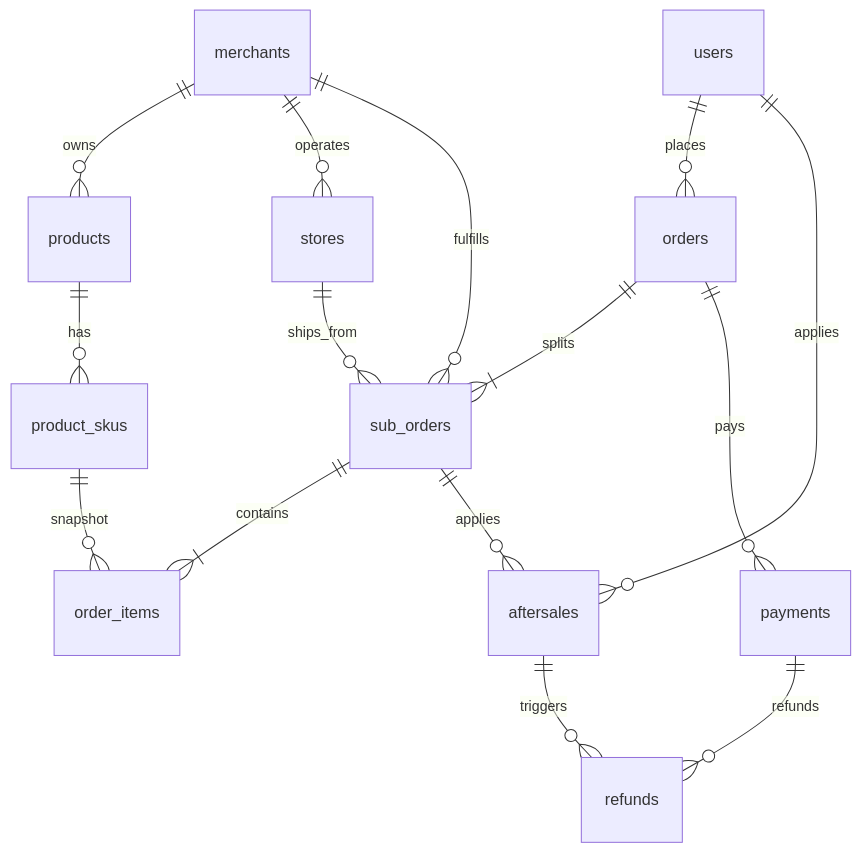
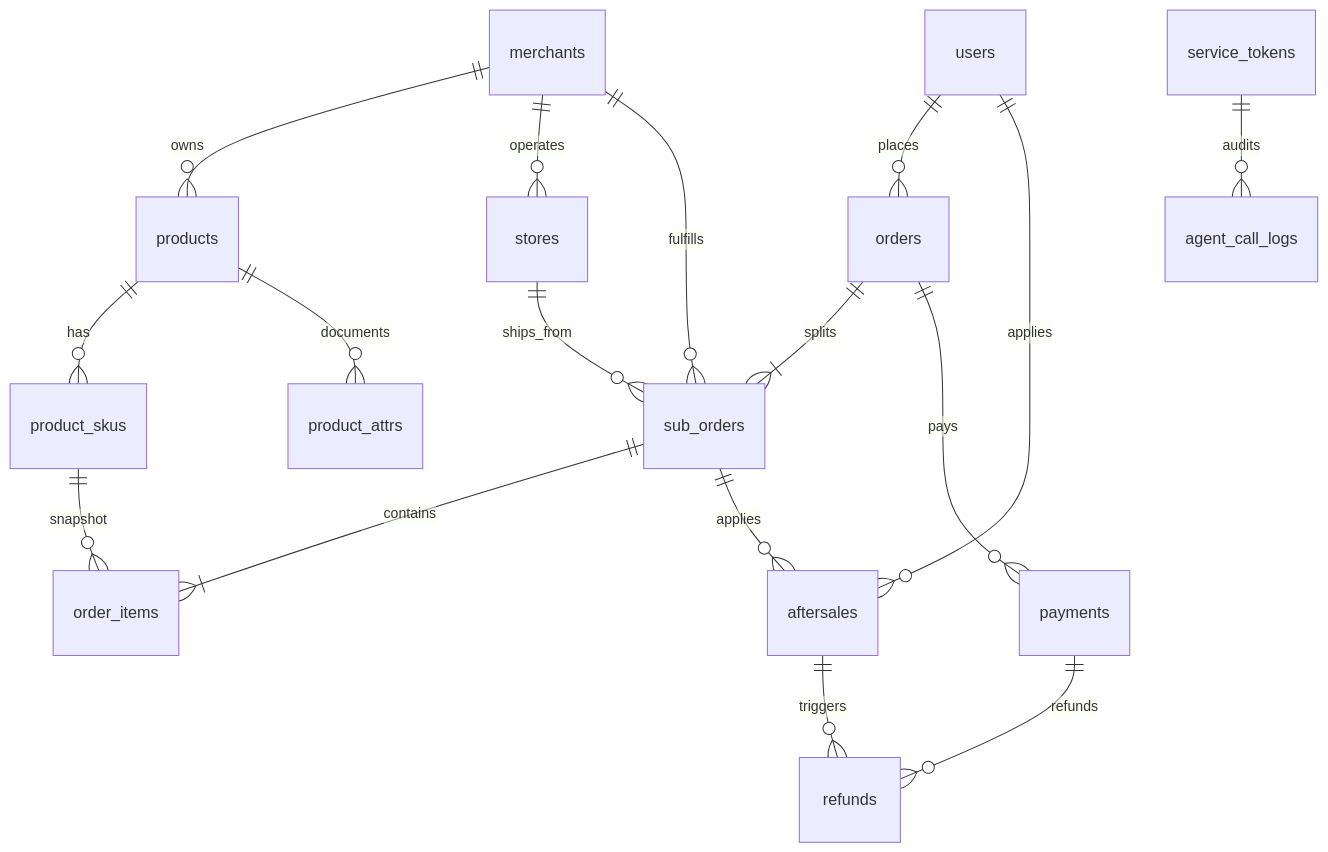
The first of 3 diagrams in docs/02-DShop-架构设计.md (naka507/DShop), drawn with Mermaid before and after one commit. The commit also changed other lines of this file and 1 other file, not shown here.

````diff
--- a/docs/02-DShop-架构设计.md
+++ b/docs/02-DShop-架构设计.md
@@ -310,17 +365,19 @@
 ```mermaid
 erDiagram
   users ||--o{ orders : places
   users ||--o{ aftersales : applies
   merchants ||--o{ products : owns
   merchants ||--o{ stores : operates
   merchants ||--o{ sub_orders : fulfills
   products ||--o{ product_skus : has
+  products ||--o{ product_attrs : documents
   orders ||--|{ sub_orders : splits
   stores ||--o{ sub_orders : ships_from
   sub_orders ||--|{ order_items : contains
   product_skus ||--o{ order_items : snapshot
   orders ||--o{ payments : pays
   payments ||--o{ refunds : refunds
   sub_orders ||--o{ aftersales : applies
   aftersales ||--o{ refunds : triggers
+  service_tokens ||--o{ agent_call_logs : audits
 ```
````
